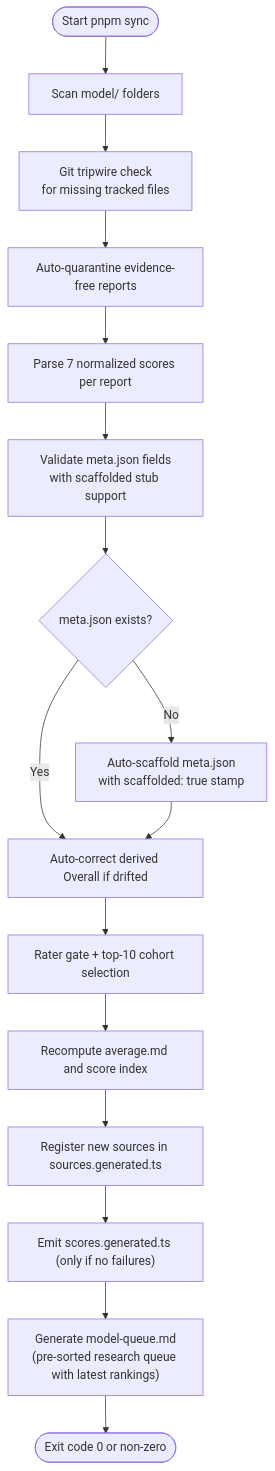
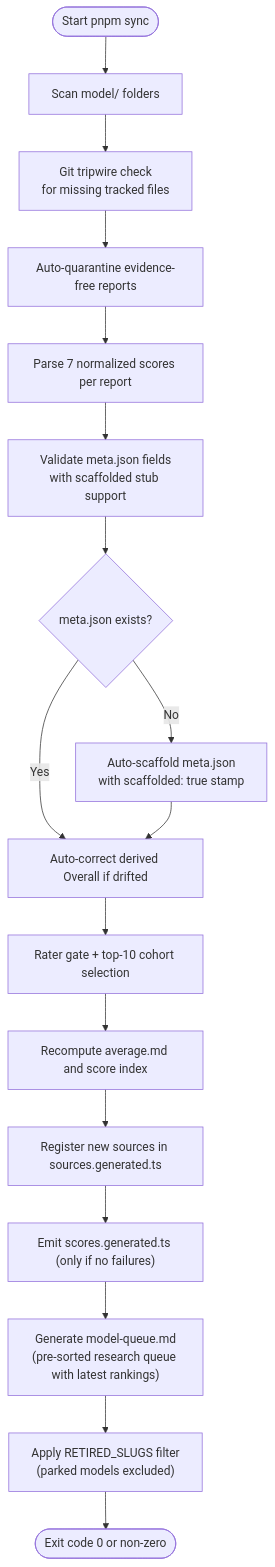
Before and after one commit to delirium-dj/modelcomp: the second of 8 diagrams in .qoder/repowiki/en/content/Build & Development Pipeline/Build & Development Pipeline.md, drawn with Mermaid. The commit also changed other lines of this file and 103 other files, not shown here.

````diff
--- a/.qoder/repowiki/en/content/Build & Development Pipeline/Build & Development Pipeline.md
+++ b/.qoder/repowiki/en/content/Build & Development Pipeline/Build & Development Pipeline.md
@@ -161,18 +174,19 @@
 ```mermaid
 flowchart TD
 Start(["Start pnpm sync"]) --> Scan["Scan model/<slug> folders"]
 Scan --> Tripwire["Git tripwire check<br/>for missing tracked files"]
 Tripwire --> Quarantine["Auto-quarantine evidence-free reports"]
 Quarantine --> Parse["Parse 7 normalized scores per report"]
 Parse --> ValidateMeta["Validate meta.json fields<br/>with scaffolded stub support"]
 ValidateMeta --> ScaffoldCheck{"meta.json exists?"}
 ScaffoldCheck --> |No| AutoScaffold["Auto-scaffold meta.json<br/>with scaffolded: true stamp"]
 ScaffoldCheck --> |Yes| CorrectOverall["Auto-correct derived Overall if drifted"]
 AutoScaffold --> CorrectOverall
 CorrectOverall --> Gate["Rater gate + top-10 cohort selection"]
 Gate --> Average["Recompute average.md and score index"]
 Average --> Register["Register new sources in sources.generated.ts"]
 Register --> Emit["Emit scores.generated.ts (only if no failures)"]
 Emit --> QueueGen["Generate model-queue.md<br/>(pre-sorted research queue with latest rankings)"]
-QueueGen --> Exit(["Exit code 0 or non-zero"])
+QueueGen --> ParkingCheck["Apply RETIRED_SLUGS filter<br/>(parked models excluded)"]
+ParkingCheck --> Exit(["Exit code 0 or non-zero"])
 ```
````
